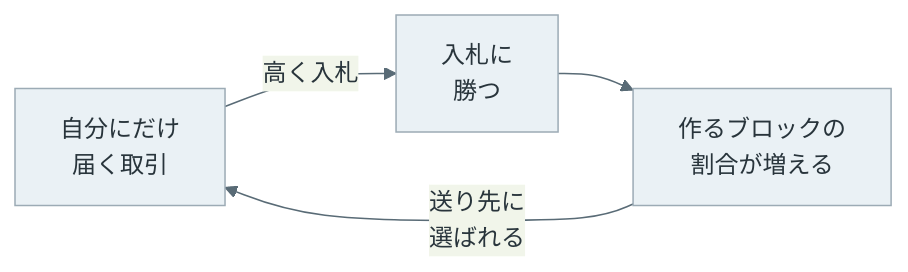
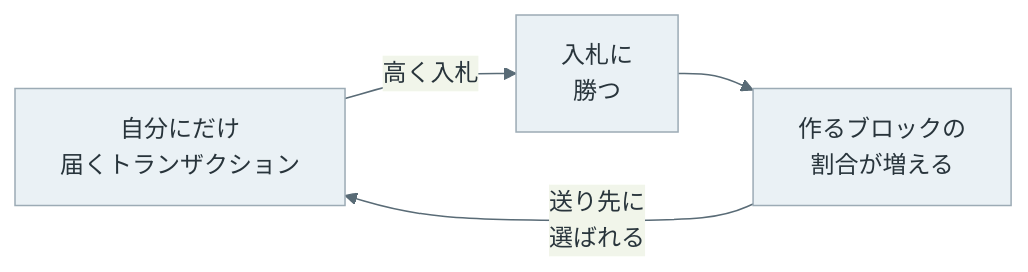
The second of 2 diagrams in content/notes/blockchain-systems/pbs/index.md (nao1215/debimate), drawn with Mermaid before and after one commit. The commit also changed other lines of this file and 129 other files, not shown here.

````diff
--- a/content/notes/blockchain-systems/pbs/index.md
+++ b/content/notes/blockchain-systems/pbs/index.md
@@ -153,7 +153,7 @@
 ```mermaid
 %%{init: {"theme":"base","themeVariables":{"primaryColor":"#eaf1f5","primaryTextColor":"#28343b","primaryBorderColor":"#9cabb5","lineColor":"#596b76","textColor":"#28343b"}}}%%
 flowchart LR
-    F["自分にだけ<br/>届く取引"] -->|"高く入札"| W["入札に<br/>勝つ"]
+    F["自分にだけ<br/>届くトランザクション"] -->|"高く入札"| W["入札に<br/>勝つ"]
     W --> S["作るブロックの<br/>割合が増える"]
     S -->|"送り先に<br/>選ばれる"| F
 ```
````
